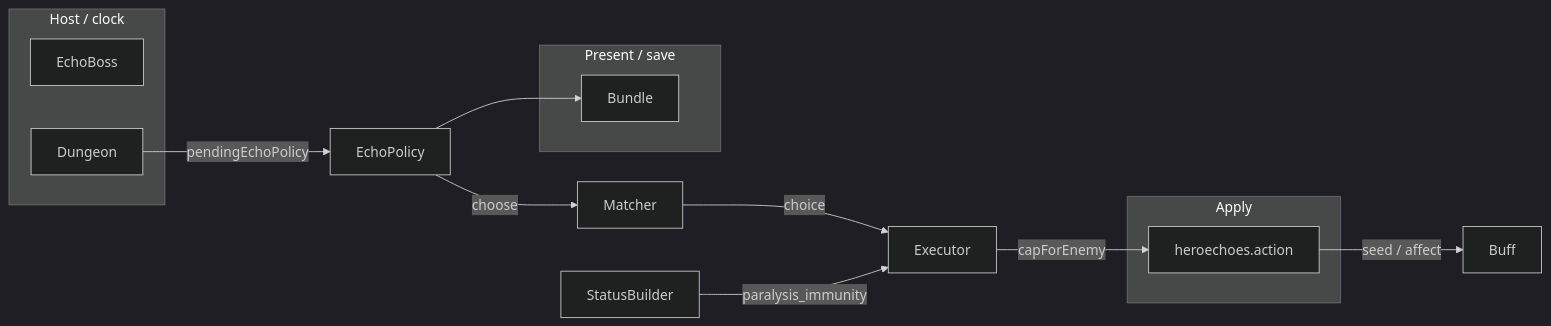
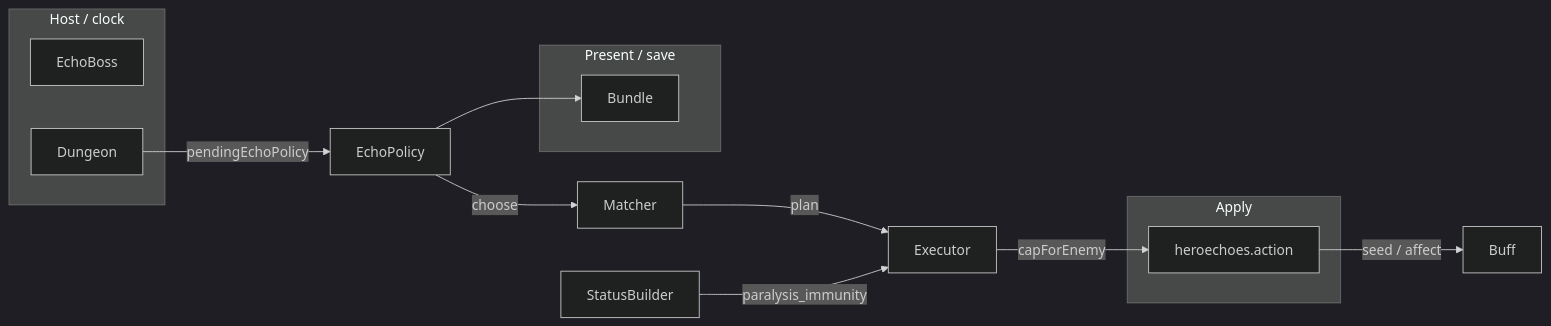
The second of 2 diagrams in core/src/main/java/com/shatteredpixel/shatteredpixeldungeon/heroechoes/policy/docs/EchoPolicy.md (i-am-the-dungeon-boss/iatdb), drawn with Mermaid (dark theme) before and after one commit. The commit also changed other lines of this file and 68 other files, not shown here.

````diff
--- a/core/src/main/java/com/shatteredpixel/shatteredpixeldungeon/heroechoes/policy/docs/EchoPolicy.md
+++ b/core/src/main/java/com/shatteredpixel/shatteredpixeldungeon/heroechoes/policy/docs/EchoPolicy.md
@@ -68,20 +68,20 @@
 ```mermaid
 flowchart LR
   subgraph apply [Apply]
     Action["heroechoes.action"]
   end
   subgraph host [Host / clock]
     EchoBoss
     Dungeon
   end
   subgraph show [Present / save]
     Bundle
   end
   EchoPolicy -->|"choose"| Matcher
-  Matcher -->|"choice"| Executor
+  Matcher -->|"plan"| Executor
   StatusBuilder -->|"paralysis_immunity"| Executor
   Executor -->|"capForEnemy"| Action
   Action -->|"seed / affect"| Buff
   Dungeon -->|"pendingEchoPolicy"| EchoPolicy
   EchoPolicy --> Bundle
 ```
````
